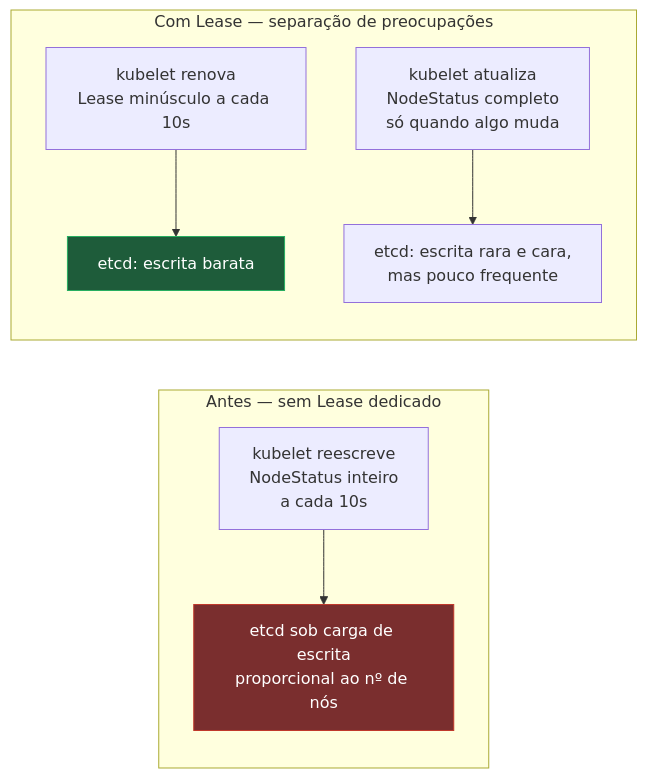
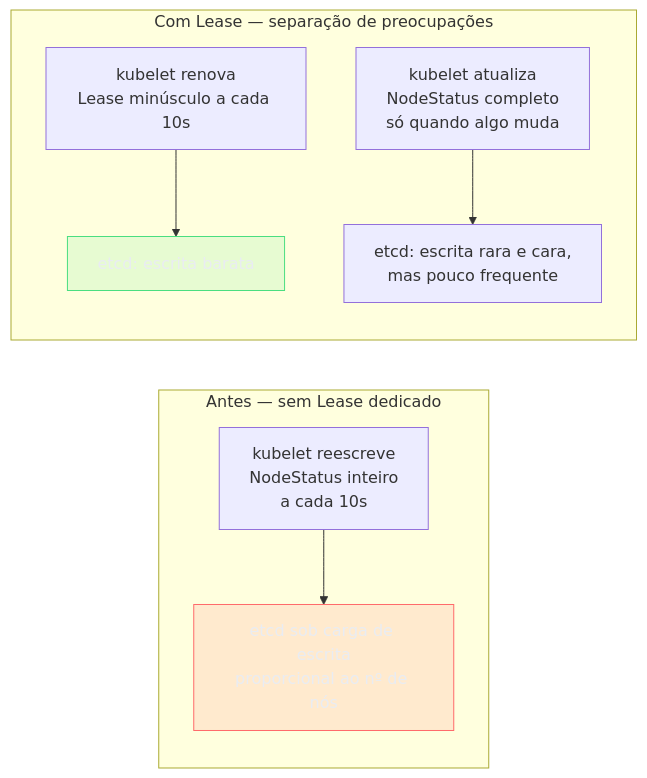
Before and after one commit to josenaldo/codex-technomanticus: the fifth of 6 diagrams in 03-Dominios/Tecnologia/Infraestrutura/Kubernetes/17 - O kubelet e o nó.md, drawn with Mermaid. The commit also changed other lines of this file and 1181 other files, not shown here.

First line of the commit message:
fix(diagramas): paleta do sistema no lugar de cor cravada no markdown

````diff
--- a/03-Dominios/Tecnologia/Infraestrutura/Kubernetes/17 - O kubelet e o nó.md
+++ b/03-Dominios/Tecnologia/Infraestrutura/Kubernetes/17 - O kubelet e o nó.md
@@ -228,12 +234,14 @@
 ```mermaid
 graph LR
+    classDef falha fill:#FF6B6B24,stroke:#FF6B6B,color:#E9ECF2
+    classDef ok fill:#4ADE8021,stroke:#4ADE80,color:#E9ECF2
     subgraph "Antes — sem Lease dedicado"
         N1["kubelet reescreve<br/>NodeStatus inteiro<br/>a cada 10s"] --> E1["etcd sob carga de escrita<br/>proporcional ao nº de nós"]
     end
     subgraph "Com Lease — separação de preocupações"
         N2["kubelet renova<br/>Lease minúsculo a cada 10s"] --> E2["etcd: escrita barata"]
         N3["kubelet atualiza<br/>NodeStatus completo<br/>só quando algo muda"] --> E3["etcd: escrita rara e cara,<br/>mas pouco frequente"]
     end
-    style E1 fill:#7a2e2e,stroke:#c0392b,color:#fff
-    style E2 fill:#1e5c3a,stroke:#27ae60,color:#fff
+    class E1 falha
+    class E2 ok
 ```
````
